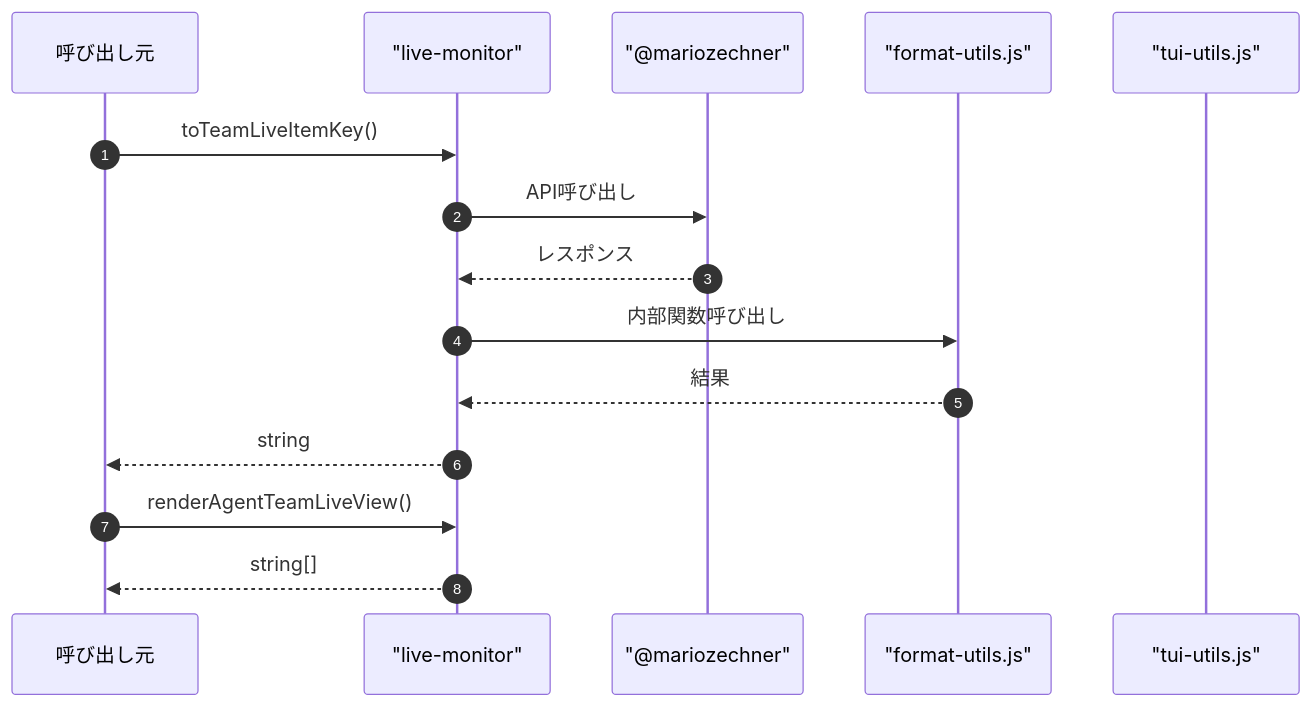
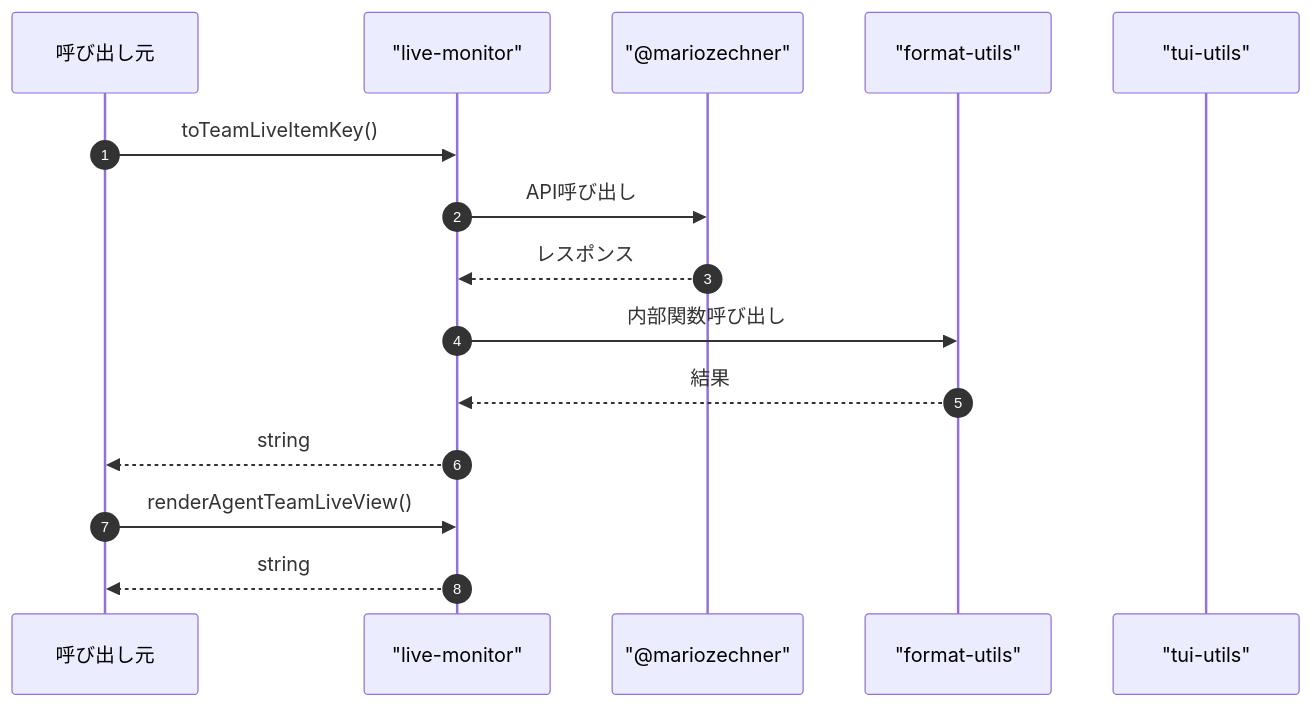
The third of 3 diagrams in ABDD/.pi/extensions/agent-teams/live-monitor.md (Mekann2904/mekann), drawn with Mermaid before and after one commit. The commit also changed other lines of this file and 174 other files, not shown here.

First line of the commit message:
fix(docs): ABDDのMermaid図生成エラーを修正する

````diff
--- a/ABDD/.pi/extensions/agent-teams/live-monitor.md
+++ b/ABDD/.pi/extensions/agent-teams/live-monitor.md
@@ -71,19 +71,19 @@
 ```mermaid
 sequenceDiagram
   autonumber
   participant Caller as 呼び出し元
   participant live_monitor as "live-monitor"
-  participant _mariozechner as "@mariozechner"
-  participant format_utils_js as "format-utils.js"
-  participant tui_utils_js as "tui-utils.js"
+  participant mariozechner as "@mariozechner"
+  participant format_utils as "format-utils"
+  participant tui_utils as "tui-utils"
 
   Caller->>live_monitor: toTeamLiveItemKey()
-  live_monitor->>_mariozechner: API呼び出し
-  _mariozechner-->>live_monitor: レスポンス
-  live_monitor->>format_utils_js: 内部関数呼び出し
-  format_utils_js-->>live_monitor: 結果
+  live_monitor->>mariozechner: API呼び出し
+  mariozechner-->>live_monitor: レスポンス
+  live_monitor->>format_utils: 内部関数呼び出し
+  format_utils-->>live_monitor: 結果
   live_monitor-->>Caller: string
 
   Caller->>live_monitor: renderAgentTeamLiveView()
-  live_monitor-->>Caller: string[]
+  live_monitor-->>Caller: string
 ```
````
